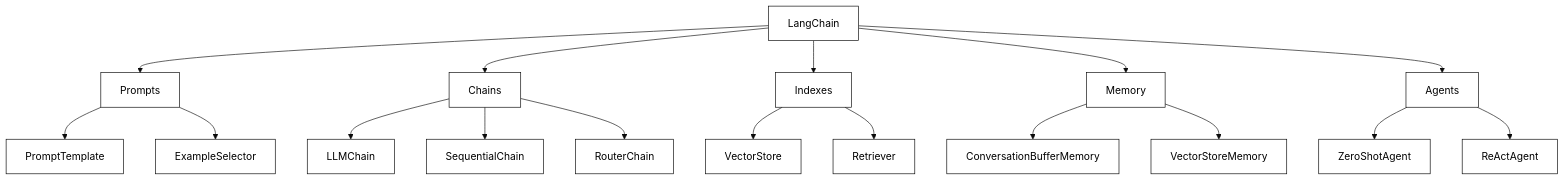
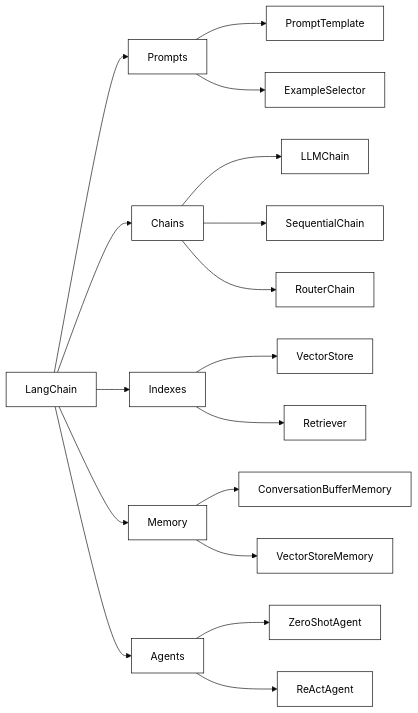
One commit to AIGeniusInstitute/Large-Language-Model-Application-Development-Hands-On-with-AI-Agents changed the second of 3 diagrams in 第3章 OpenAI API、LangChain和LlamaIndex.md. Above: the diagram before and after it, drawn with Mermaid (base theme). The commit also changed other lines of this file, not shown here.

````diff
--- a/第3章 OpenAI API、LangChain和LlamaIndex.md
+++ b/第3章 OpenAI API、LangChain和LlamaIndex.md
@@ -649,27 +645,27 @@
 ```mermaid
-graph TD
+graph LR
     A[LangChain] --> B[Prompts]
     A --> C[Chains]
     A --> D[Indexes]
     A --> E[Memory]
     A --> F[Agents]
 
     B --> B1[PromptTemplate]
     B --> B2[ExampleSelector]
 
     C --> C1[LLMChain]
     C --> C2[SequentialChain]
     C --> C3[RouterChain]
 
     D --> D1[VectorStore]
     D --> D2[Retriever]
 
     E --> E1[ConversationBufferMemory]
     E --> E2[VectorStoreMemory]
 
     F --> F1[ZeroShotAgent]
     F --> F2[ReActAgent]
 
 %% 自定义样式
 classDef default fill:#ffffff,stroke:#000000,color:#000000;
 ```
````
